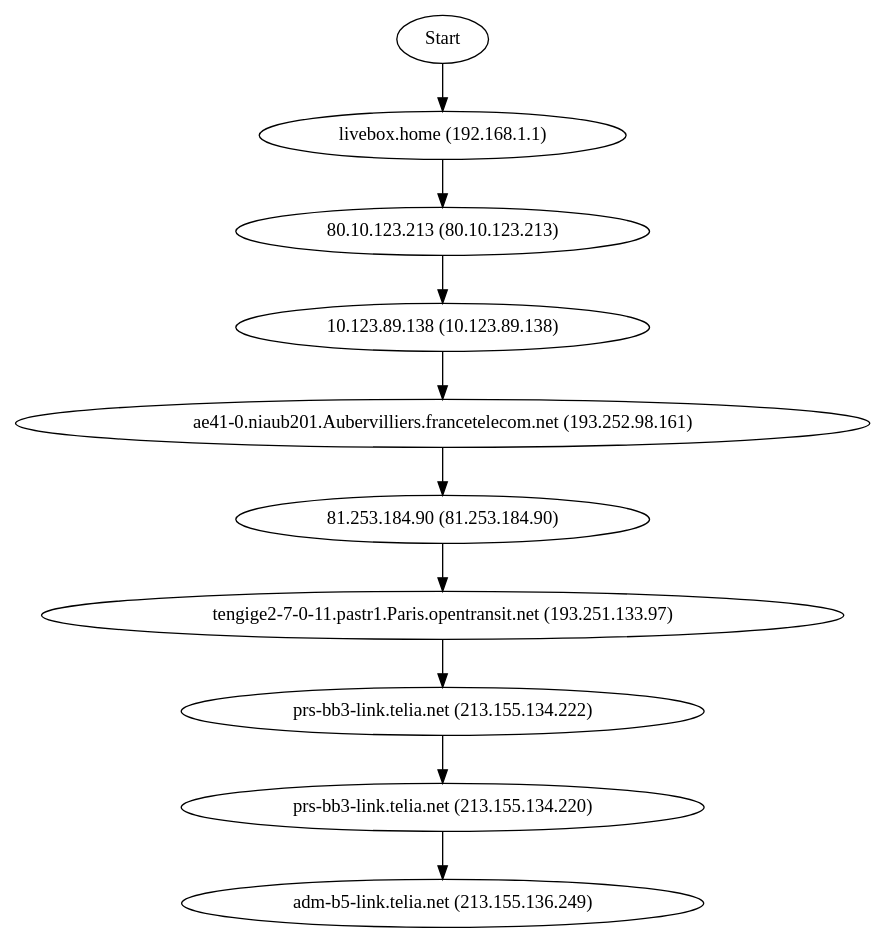
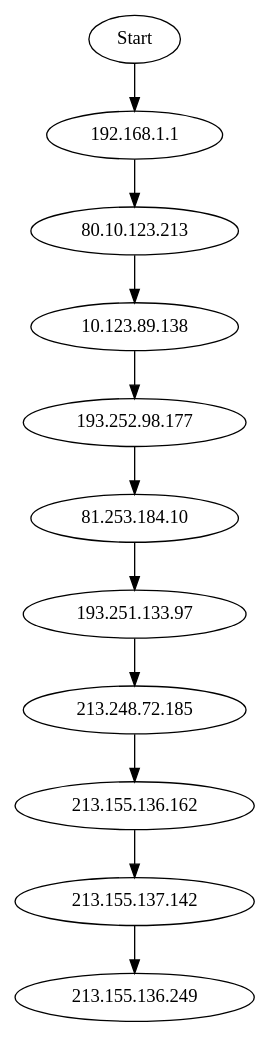
The diagram in usr/bin/monFichier.dot (Sloubidou/TP1), drawn with Graphviz before and after one commit. The commit also changed 2 other files, not shown here.

Commit message:
Graph avec juste les IP

```diff
--- a/usr/bin/monFichier.dot
+++ b/usr/bin/monFichier.dot
@@ -1,11 +1,12 @@
 digraph G {
-"Start" -> "livebox.home (192.168.1.1)"; 
-"livebox.home (192.168.1.1)" -> "80.10.123.213 (80.10.123.213)"; 
-"80.10.123.213 (80.10.123.213)" -> "10.123.89.138 (10.123.89.138)"; 
-"10.123.89.138 (10.123.89.138)" -> "ae41-0.niaub201.Aubervilliers.francetelecom.net (193.252.98.161)"; 
-"ae41-0.niaub201.Aubervilliers.francetelecom.net (193.252.98.161)" -> "81.253.184.90 (81.253.184.90)"; 
-"81.253.184.90 (81.253.184.90)" -> "tengige2-7-0-11.pastr1.Paris.opentransit.net (193.251.133.97)"; 
-"tengige2-7-0-11.pastr1.Paris.opentransit.net (193.251.133.97)" -> "prs-bb3-link.telia.net (213.155.134.222)"; 
-"prs-bb3-link.telia.net (213.155.134.222)" -> "prs-bb3-link.telia.net (213.155.134.220)"; 
-"prs-bb3-link.telia.net (213.155.134.220)" -> "adm-b5-link.telia.net (213.155.136.249)"; 
+"Start" -> "192.168.1.1"; 
+"192.168.1.1" -> "80.10.123.213"; 
+"80.10.123.213" -> "10.123.89.138"; 
+"10.123.89.138" -> "193.252.98.177"; 
+"193.252.98.177" -> "81.253.184.10"; 
+"81.253.184.10" -> "193.251.133.97"; 
+"193.251.133.97" -> "213.248.72.185"; 
+"213.248.72.185" -> "213.155.136.162"; 
+"213.155.136.162" -> "213.155.137.142"; 
+"213.155.137.142" -> "213.155.136.249"; 
 }
```
